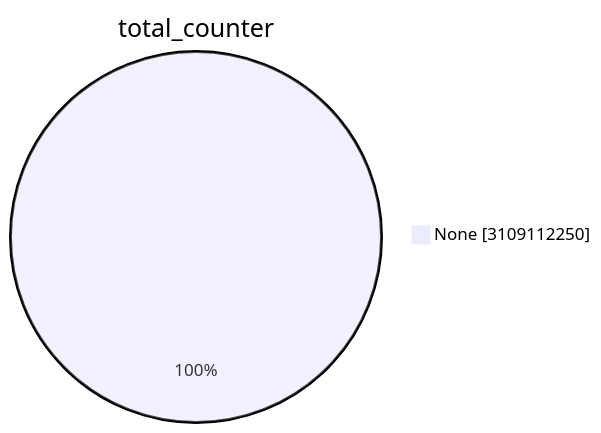
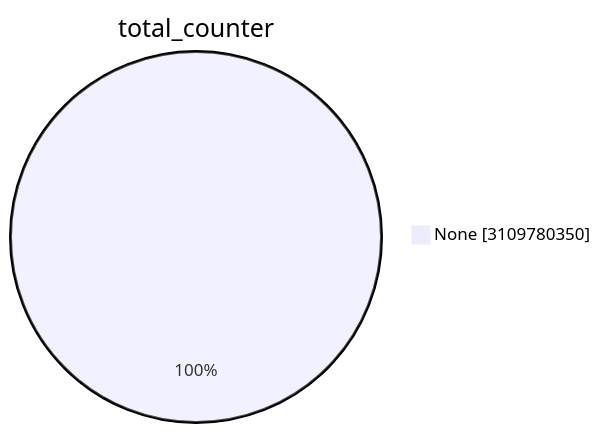
The first of 15 diagrams in TOTAL/README.md (christiankrug/ctmonitor_visualization), drawn with Mermaid before and after one commit. The commit also changed other lines of this file, not shown here.

````diff
--- a/TOTAL/README.md
+++ b/TOTAL/README.md
@@ -1,5 +1,5 @@
 ```mermaid
 pie showData
 title total_counter
-"None" :3109112250
+"None" :3109780350
 ```
````
